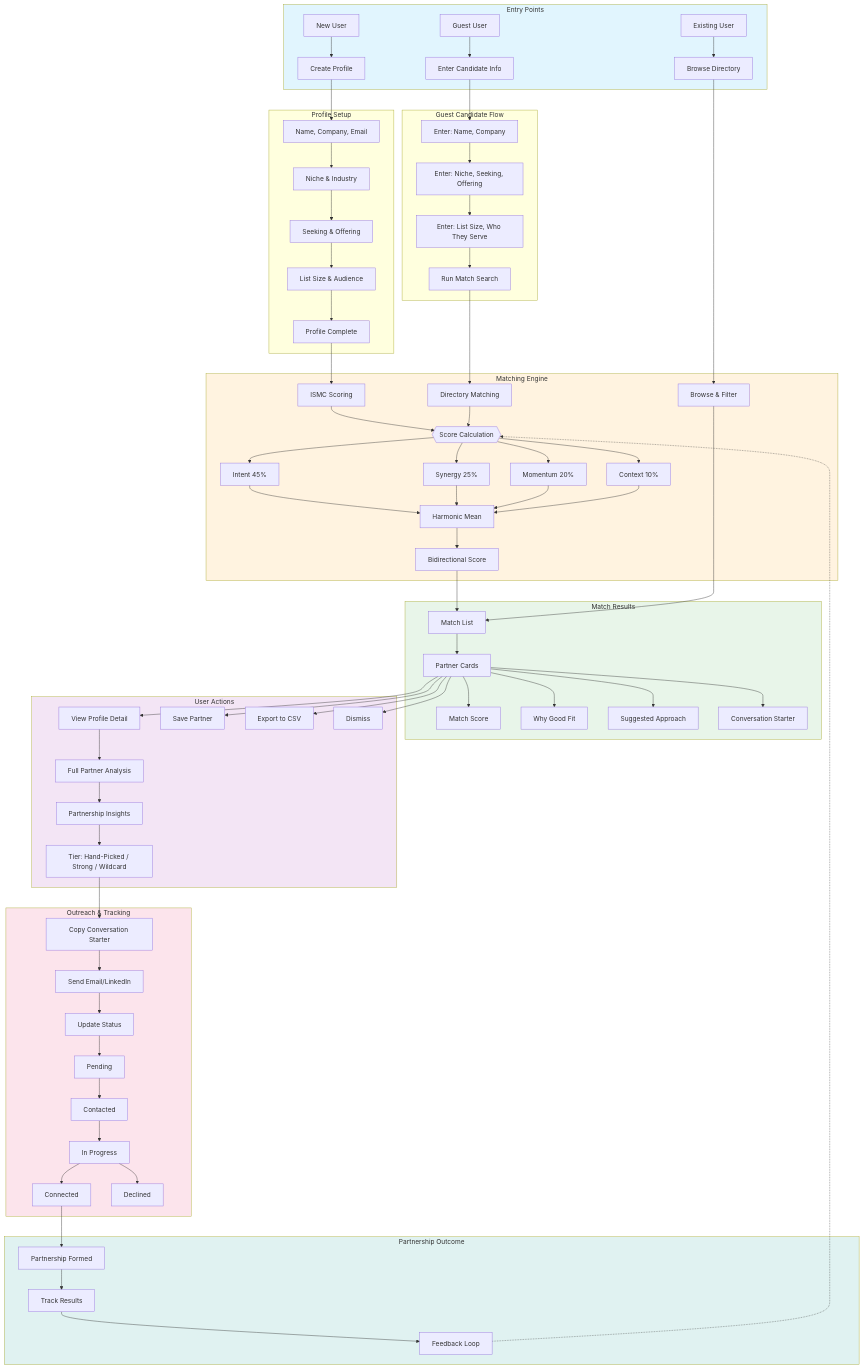
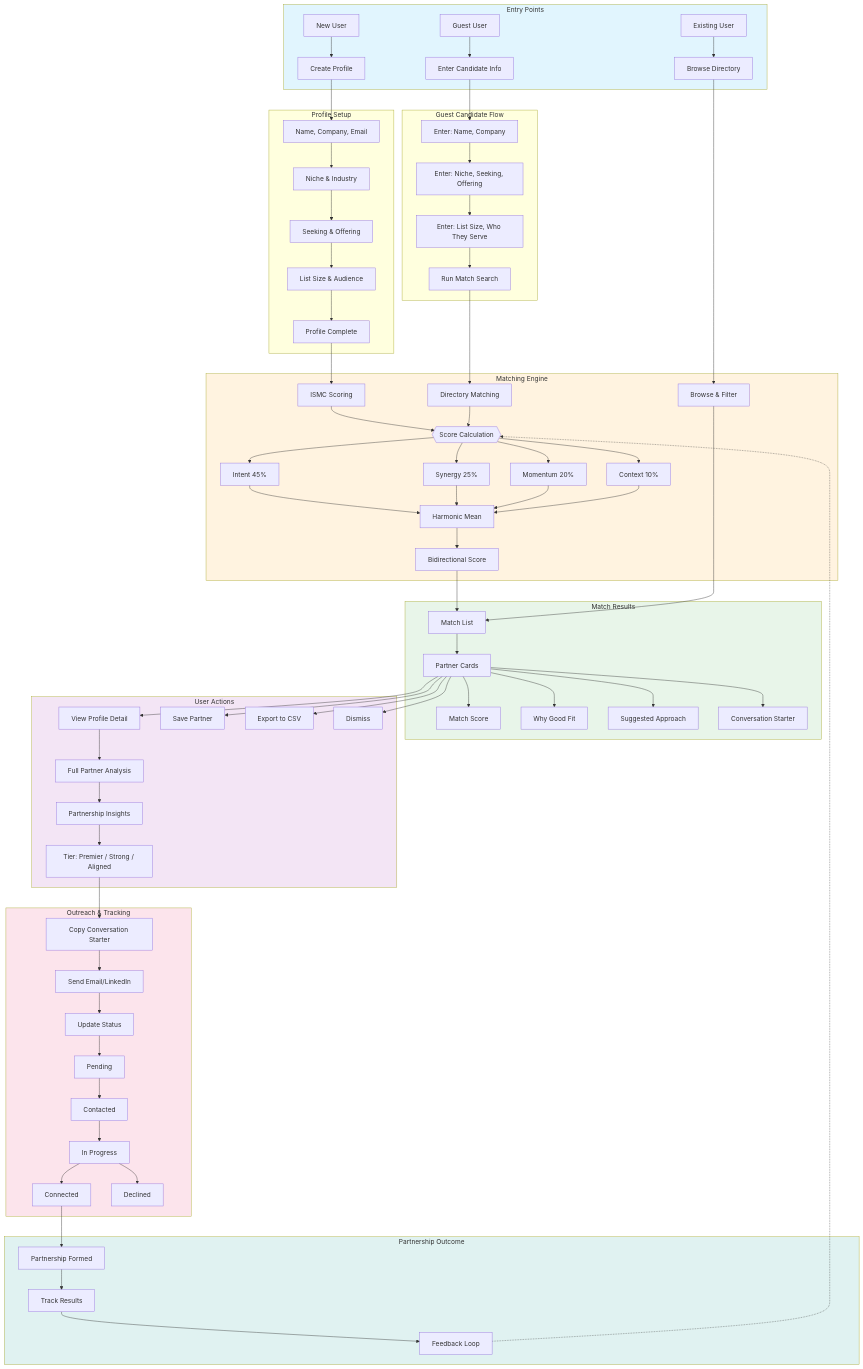
Before and after one commit to coffeeisafruit/jv-matchmaker-platform: the first of 9 diagrams in v2.0/docs/CLIENT_FLOW.md, drawn with Mermaid. The commit also changed 28 other files, not shown here.

First line of the commit message:
Rename match tiers: hand_picked→premier, wildcard→aligned

```diff
--- a/v2.0/docs/CLIENT_FLOW.md
+++ b/v2.0/docs/CLIENT_FLOW.md
@@ -60,7 +60,7 @@
 
         A_VIEW --> P1[Full Partner Analysis]
         P1 --> P2[Partnership Insights]
-        P2 --> P3[Tier: Hand-Picked / Strong / Wildcard]
+        P2 --> P3[Tier: Premier / Strong / Aligned]
     end
 
     subgraph OUTREACH["Outreach & Tracking"]
```
